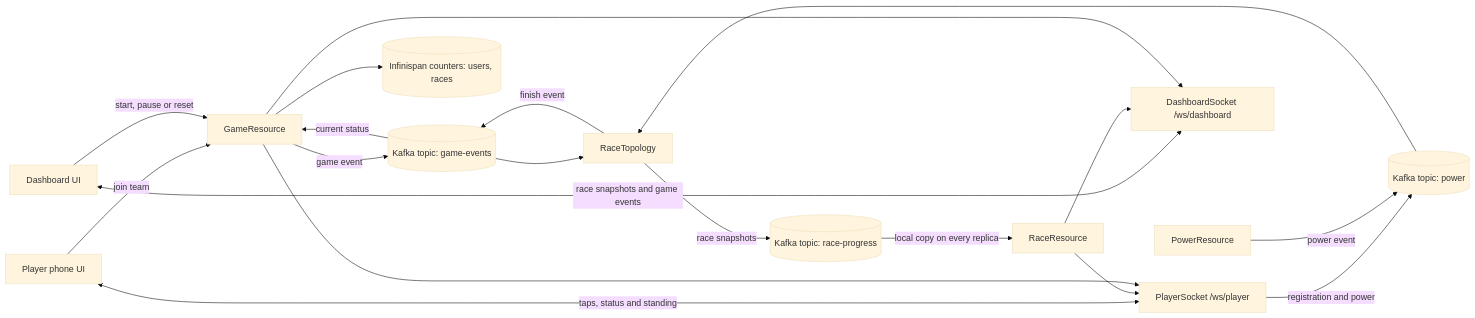
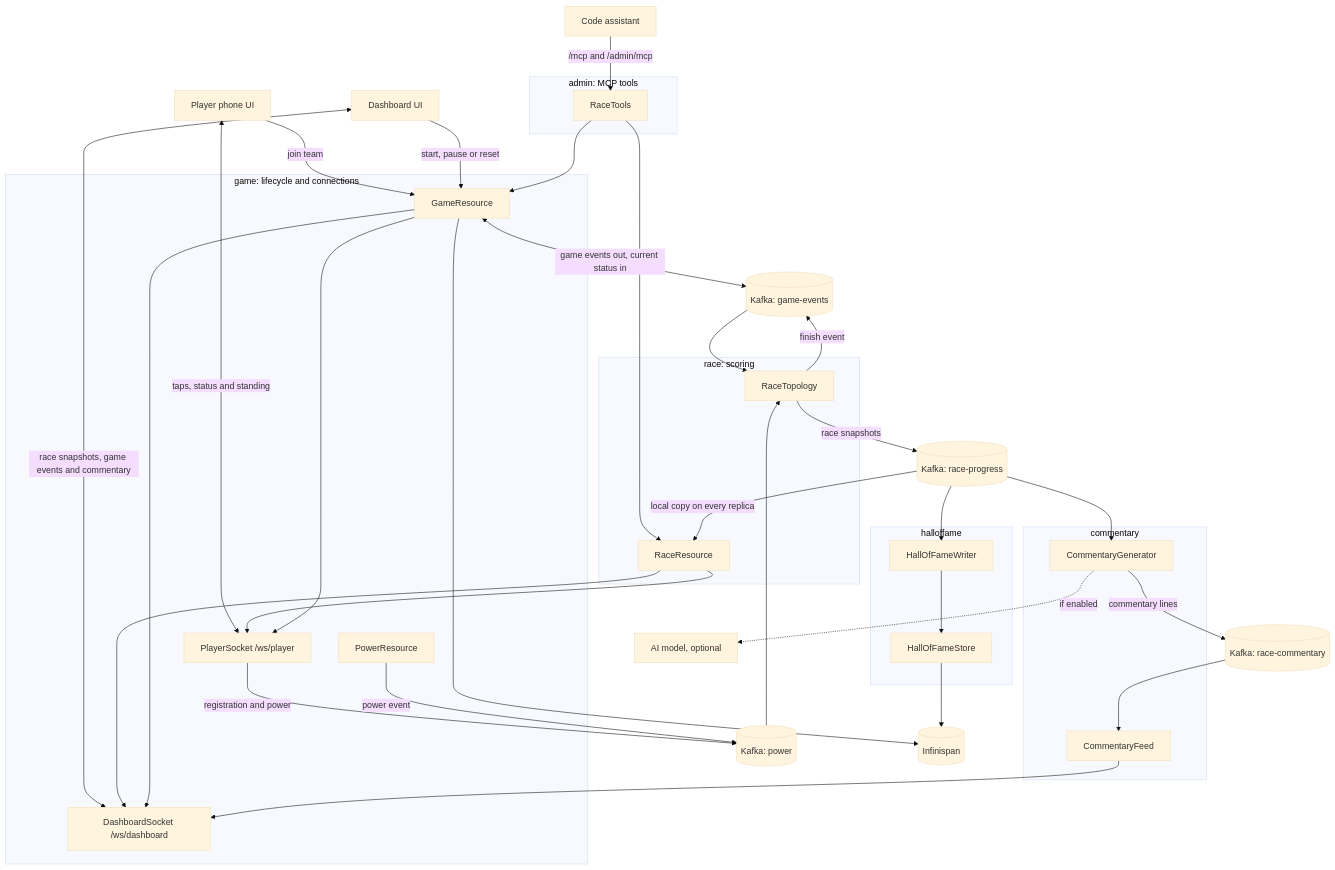
One commit to redhat-developer-demos/quinoa-wind-turbine changed the diagram in docs/architecture.md. Above: the diagram before and after it, drawn with Mermaid (base theme). The commit also changed other lines of this file, not shown here.

Commit message:
Show the feature packages in the architecture diagram
The Mermaid diagram now groups the classes by feature package and adds the
commentary, hall of fame and MCP paths that it left out. The theme package
is described in a sentence below the diagram, because it applies a theme by
sending a game event through GameResource.

````diff
--- a/docs/architecture.md
+++ b/docs/architecture.md
@@ -7,24 +7,72 @@
 ```mermaid
-flowchart LR
-    A[Player phone UI] -->|join team| B[GameResource]
-    A <-->|taps, status and standing| W[PlayerSocket /ws/player]
-    D[Dashboard UI] -->|start, pause or reset| B
-    D <-->|race snapshots and game events| S[DashboardSocket /ws/dashboard]
+flowchart TB
+    A[Player phone UI]
+    D[Dashboard UI]
+    M[Code assistant]
 
-    W -->|registration and power| H[(Kafka topic: power)]
-    C[PowerResource] -->|power event| H
-    B -->|game event| I[(Kafka topic: game-events)]
+    subgraph game["game: lifecycle and connections"]
+        B[GameResource]
+        W[PlayerSocket /ws/player]
+        S[DashboardSocket /ws/dashboard]
+        C[PowerResource]
+    end
 
-    H --> T[RaceTopology]
+    subgraph race["race: scoring"]
+        T[RaceTopology]
+        R[RaceResource]
+    end
+
+    subgraph commentary["commentary"]
+        G[CommentaryGenerator]
+        F[CommentaryFeed]
+    end
+
+    subgraph halloffame["halloffame"]
+        HW[HallOfFameWriter]
+        HS[HallOfFameStore]
+    end
+
+    subgraph admin["admin: MCP tools"]
+        RT[RaceTools]
+    end
+
+    H[(Kafka: power)]
+    I[(Kafka: game-events)]
+    P[(Kafka: race-progress)]
+    Q[(Kafka: race-commentary)]
+    K[(Infinispan)]
+    L[AI model, optional]
+
+    A -->|join team| B
+    A <-->|taps, status and standing| W
+    D -->|start, pause or reset| B
+    D <-->|race snapshots, game events and commentary| S
+    M -->|/mcp and /admin/mcp| RT
+    RT --> R
+    RT --> B
+
+    W -->|registration and power| H
+    C -->|power event| H
+    B <-->|game events out, current status in| I
+
+    H --> T
     I --> T
-    T -->|race snapshots| P[(Kafka topic: race-progress)]
+    T -->|race snapshots| P
     T -->|finish event| I
-    P -->|local copy on every replica| R[RaceResource]
-    I -->|current status| B
+    P -->|local copy on every replica| R
     R --> W
     R --> S
     B --> W
     B --> S
 
-    B --> K[(Infinispan counters: users, races)]
+    P --> G
+    G -->|commentary lines| Q
+    G -.->|if enabled| L
+    Q --> F
+    F --> S
+
+    P --> HW
+    HW --> HS
+    HS --> K
+    B --> K
 ```
````
